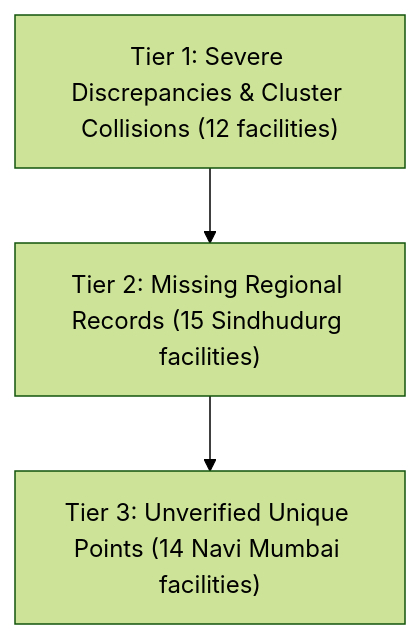
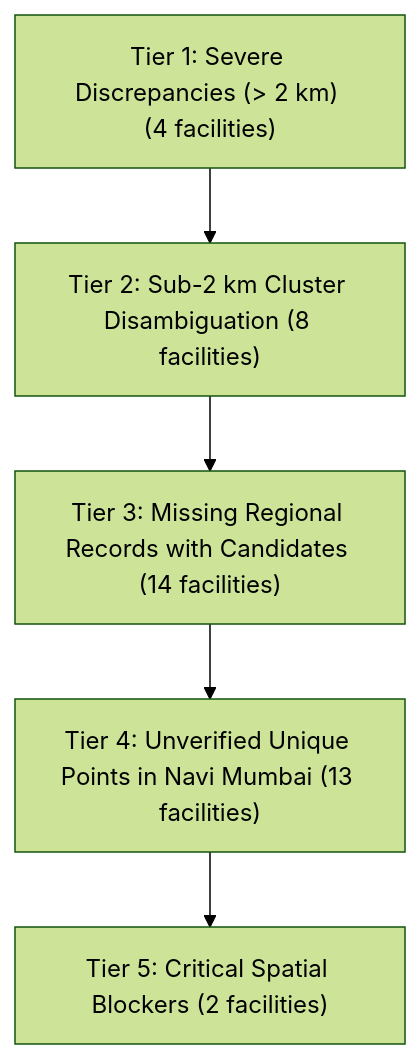
One commit to MEDIMESH-INDIA/medimesh-platform changed the second of 2 diagrams in docs/architecture/hospital-coordinate-evidence-register.md. Above: the diagram before and after it, drawn with Mermaid (forest theme). The commit also changed other lines of this file, not shown here.

````diff
--- a/docs/architecture/hospital-coordinate-evidence-register.md
+++ b/docs/architecture/hospital-coordinate-evidence-register.md
@@ -307,5 +310,7 @@
 ```mermaid
 flowchart TD
-    Tier1["Tier 1: Severe Discrepancies & Cluster Collisions (12 facilities)"] --> Tier2["Tier 2: Missing Regional Records (15 Sindhudurg facilities)"]
-    Tier2 --> Tier3["Tier 3: Unverified Unique Points (14 Navi Mumbai facilities)"]
+    Tier1["Tier 1: Severe Discrepancies (> 2 km) (4 facilities)"] --> Tier2["Tier 2: Sub-2 km Cluster Disambiguation (8 facilities)"]
+    Tier2 --> Tier3["Tier 3: Missing Regional Records with Candidates (14 facilities)"]
+    Tier3 --> Tier4["Tier 4: Unverified Unique Points in Navi Mumbai (13 facilities)"]
+    Tier4 --> Tier5["Tier 5: Critical Spatial Blockers (2 facilities)"]
 ```
````
